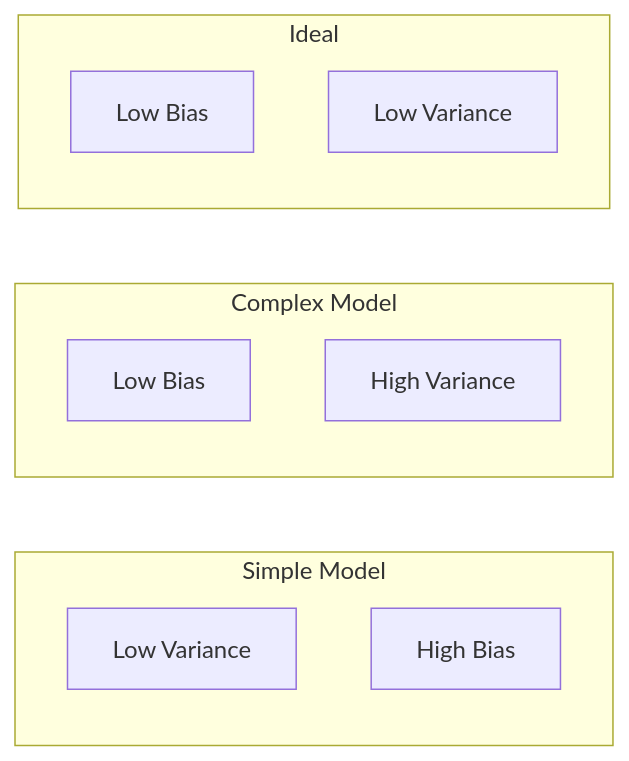
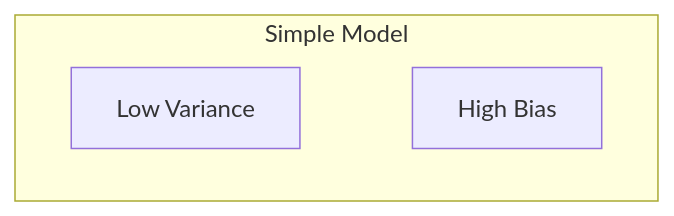
One commit to amitdevx/TY changed the fifth of 7 diagrams in 01-Semester-V/CS-321-VSC-P-AI-ML/Unit-2.md. Above: the diagram before and after it, drawn with Mermaid. The commit also changed other lines of this file and 65 other files, not shown here.

Commit message:
fix:graph vertical

````diff
--- a/01-Semester-V/CS-321-VSC-P-AI-ML/Unit-2.md
+++ b/01-Semester-V/CS-321-VSC-P-AI-ML/Unit-2.md
@@ -265,15 +267,8 @@
 ```mermaid
-graph LR
+graph TD
     subgraph "Simple Model"
         LB["Low Variance "]
         HB["High Bias "]
-    end
-    subgraph "Complex Model"
-        LBi["Low Bias "]
-        HV["High Variance "]
-    end
-    subgraph "Ideal"
-        IB["Low Bias "]
-        IV["Low Variance "]
-    end
+        LB ~~~ HB
+        end
 ```
````
